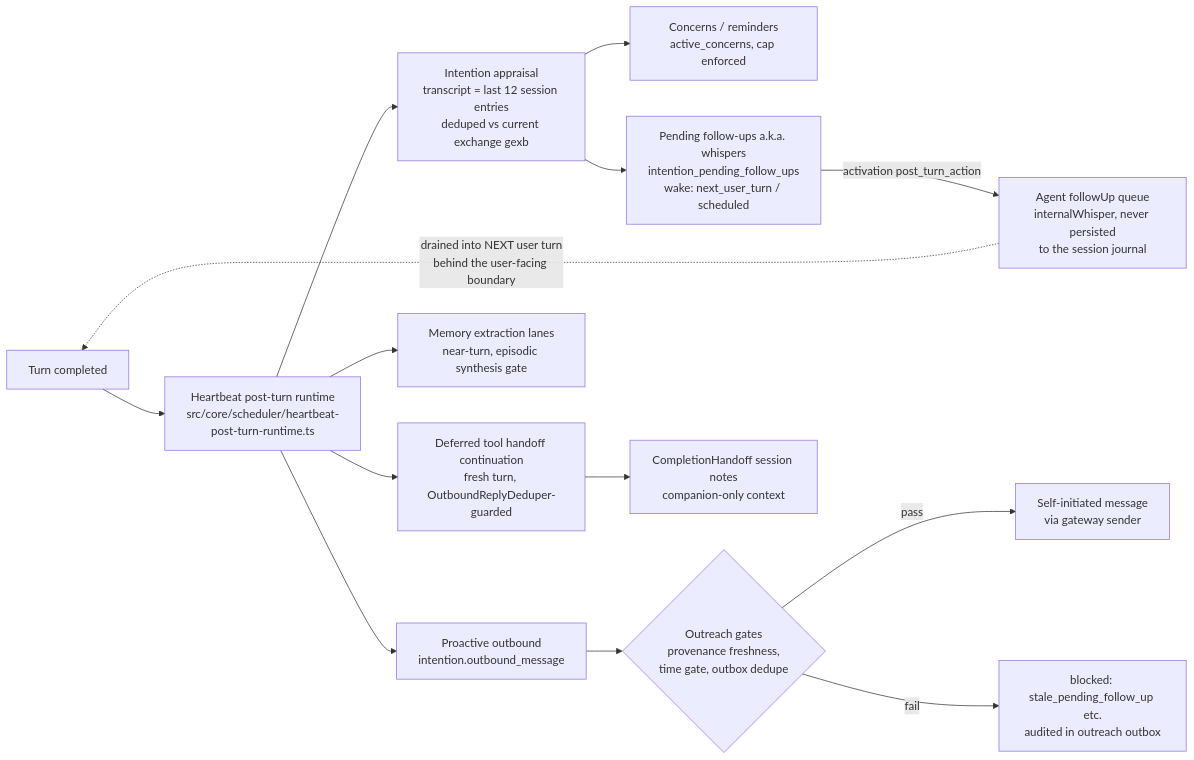
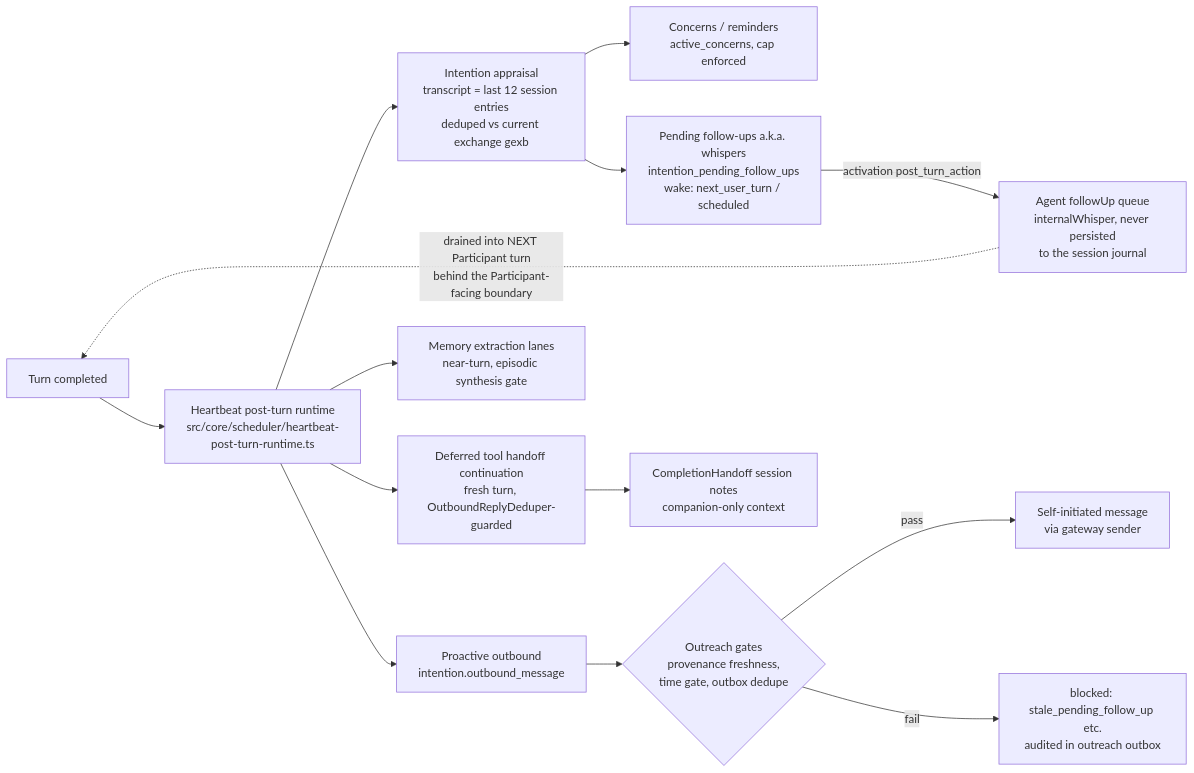
Before and after one commit to CGIC-AI/psfn-framework: the fourth of 4 diagrams in docs/chat-turn-lifecycle.md, drawn with Mermaid. The commit also changed other lines of this file and 111 other files, not shown here.

````diff
--- a/docs/chat-turn-lifecycle.md
+++ b/docs/chat-turn-lifecycle.md
@@ -127,19 +127,19 @@
 ```mermaid
 flowchart LR
     TURN[Turn completed] --> HPT[Heartbeat post-turn runtime<br/>src/core/scheduler/heartbeat-post-turn-runtime.ts]
 
     HPT --> APPR[Intention appraisal<br/>transcript = last 12 session entries<br/>deduped vs current exchange gexb]
     APPR --> CONC[Concerns / reminders<br/>active_concerns, cap enforced]
     APPR --> PFU[Pending follow-ups a.k.a. whispers<br/>intention_pending_follow_ups<br/>wake: next_user_turn / scheduled]
     PFU -->|activation post_turn_action| FQ[Agent followUp queue<br/>internalWhisper, never persisted<br/>to the session journal]
-    FQ -.->|drained into NEXT user turn<br/>behind the user-facing boundary| TURN
+    FQ -.->|drained into NEXT Participant turn<br/>behind the Participant-facing boundary| TURN
 
     HPT --> OUT[Proactive outbound<br/>intention.outbound_message]
     OUT --> GATES{Outreach gates<br/>provenance freshness,<br/>time gate, outbox dedupe}
     GATES -->|pass| SENDOUT[Self-initiated message<br/>via gateway sender]
     GATES -->|fail| BLOCKED[blocked: stale_pending_follow_up etc.<br/>audited in outreach outbox]
 
     HPT --> MEM[Memory extraction lanes<br/>near-turn, episodic synthesis gate]
     HPT --> DTH[Deferred tool handoff continuation<br/>fresh turn, OutboundReplyDeduper-guarded]
     DTH --> CH[CompletionHandoff session notes<br/>companion-only context]
 ```
````
